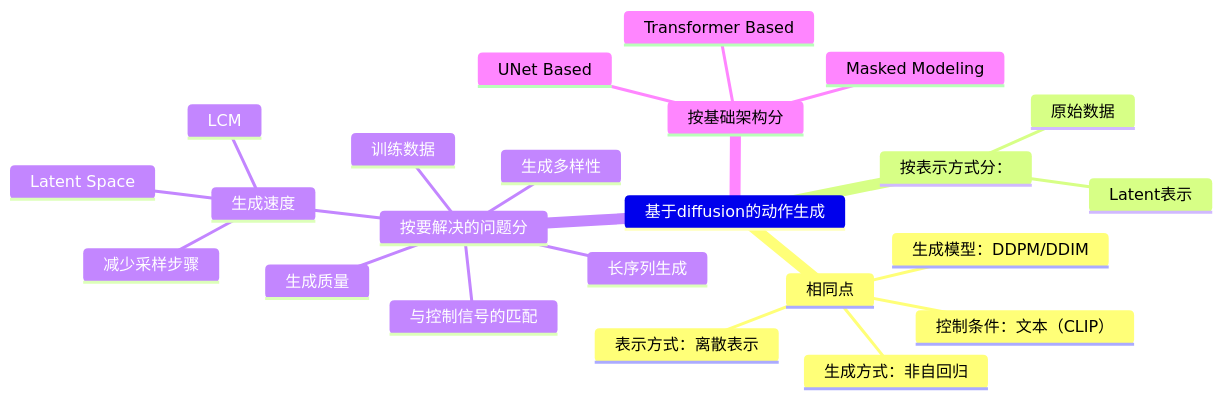
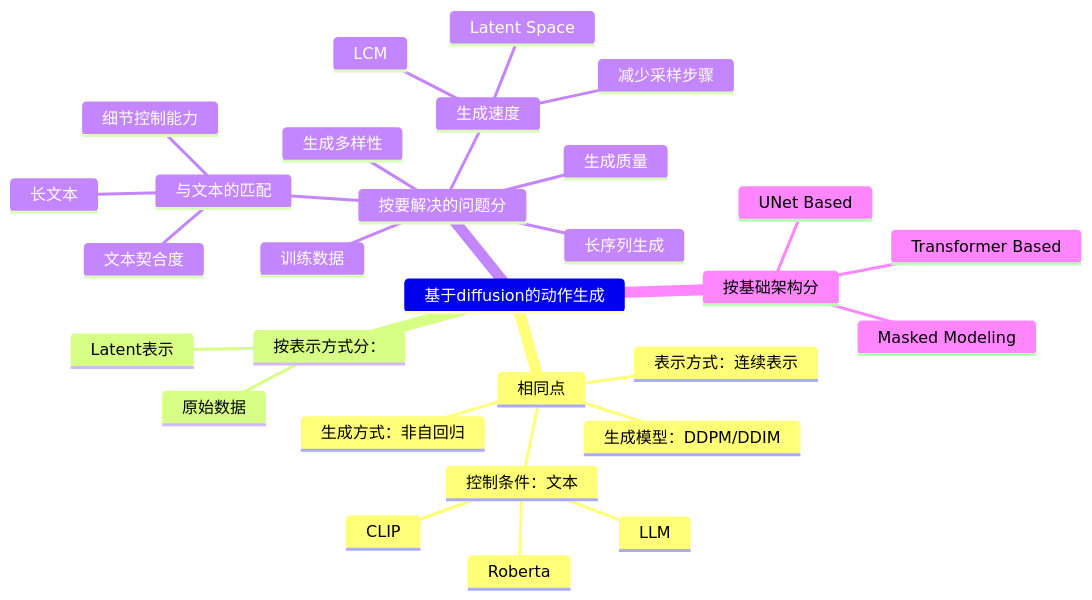
Before and after one commit to CaterpillarStudyGroup/ImportantArticles: the diagram in src/MeshAnimation/SkeletonProxy/MotionGeneration/Text2Motion/DiffusionBasedText2Motion.md, drawn with Mermaid. The commit also changed other lines of this file and 3 other files, not shown here.

````diff
--- a/src/MeshAnimation/SkeletonProxy/MotionGeneration/Text2Motion/DiffusionBasedText2Motion.md
+++ b/src/MeshAnimation/SkeletonProxy/MotionGeneration/Text2Motion/DiffusionBasedText2Motion.md
@@ -5,26 +5,32 @@
 ```mermaid
 mindmap
 基于diffusion的动作生成
     相同点
-        控制条件：文本（CLIP）
+        控制条件：文本
+            CLIP
+            Roberta
+            LLM
         生成方式：非自回归
-        表示方式：离散表示
+        表示方式：连续表示
         生成模型：DDPM/DDIM
     按表示方式分：
         原始数据
         Latent表示
     按要解决的问题分
-        与控制信号的匹配
+        与文本的匹配
+            长文本
+            细节控制能力
+            文本契合度
         生成质量
         生成多样性
         生成速度
             Latent Space
             减少采样步骤
             LCM
         长序列生成
         训练数据
     按基础架构分
         Transformer Based
         UNet Based
         Masked Modeling
 ```
````
